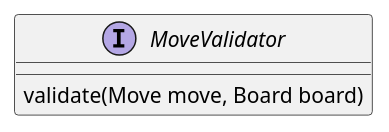
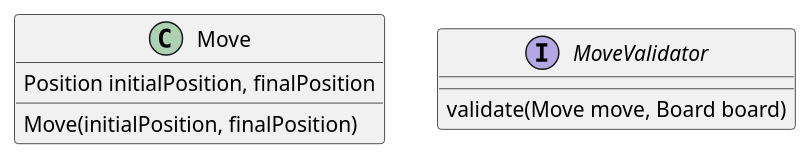
The diagram in chess.puml (jalopbauer/chess), drawn with PlantUML before and after one commit.

```diff
--- a/chess.puml
+++ b/chess.puml
@@ -1,4 +1,9 @@
 @startuml Chess
+class Move
+Move : Position initialPosition, finalPosition
+Move : Move(initialPosition, finalPosition)
+
 interface MoveValidator
 MoveValidator : validate(Move move, Board board)
+
 @enduml
```
